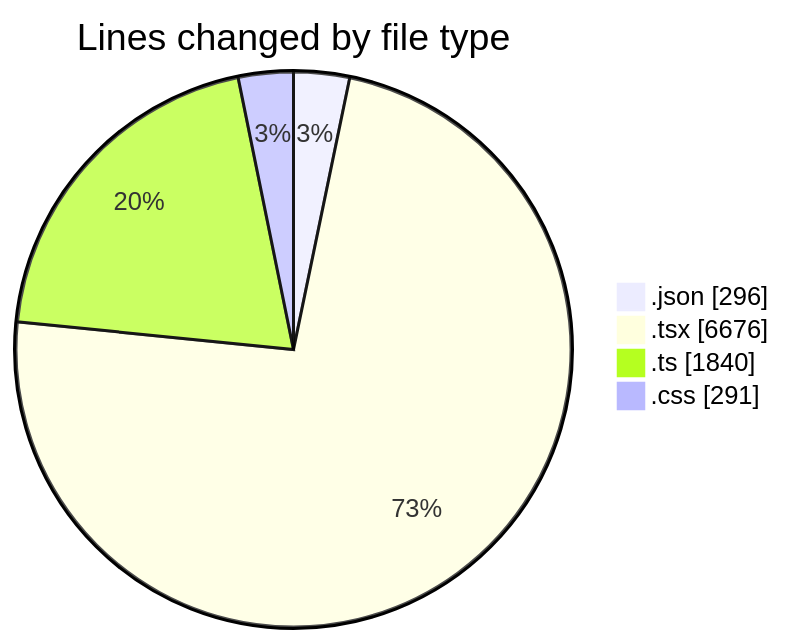
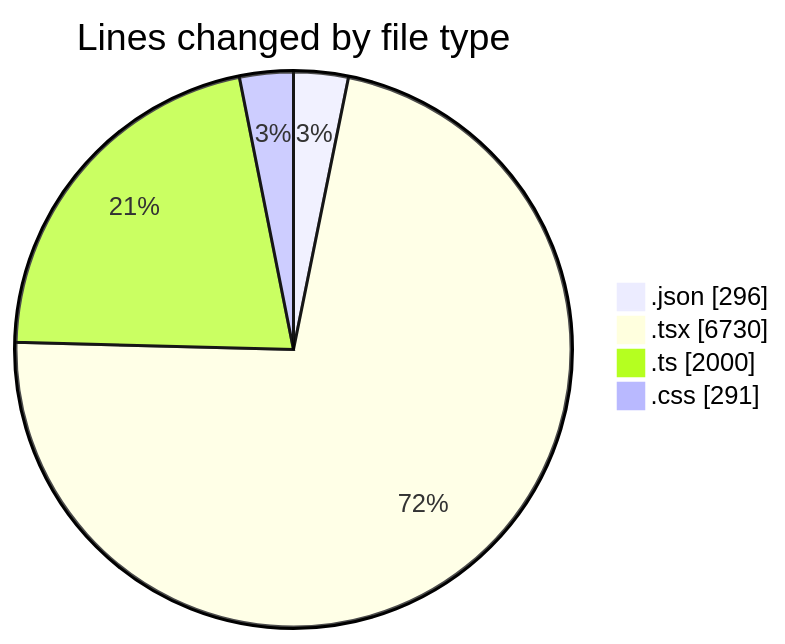
One commit to julien-gomy/code-tracking changed the first of 2 diagrams in 2025-10-07/eventscop-frontend-guide__workspace_/README.md. Above: the diagram before and after it, drawn with Mermaid. The commit also changed other lines of this file and 1 other file, not shown here.

````diff
--- a/2025-10-07/eventscop-frontend-guide__workspace_/README.md
+++ b/2025-10-07/eventscop-frontend-guide__workspace_/README.md
@@ -69,8 +72,8 @@
 ```mermaid
 pie showData
 title Lines changed by file type
 ".json" : 296
-".tsx" : 6676
-".ts" : 1840
+".tsx" : 6730
+".ts" : 2000
 ".css" : 291
 ```
````
